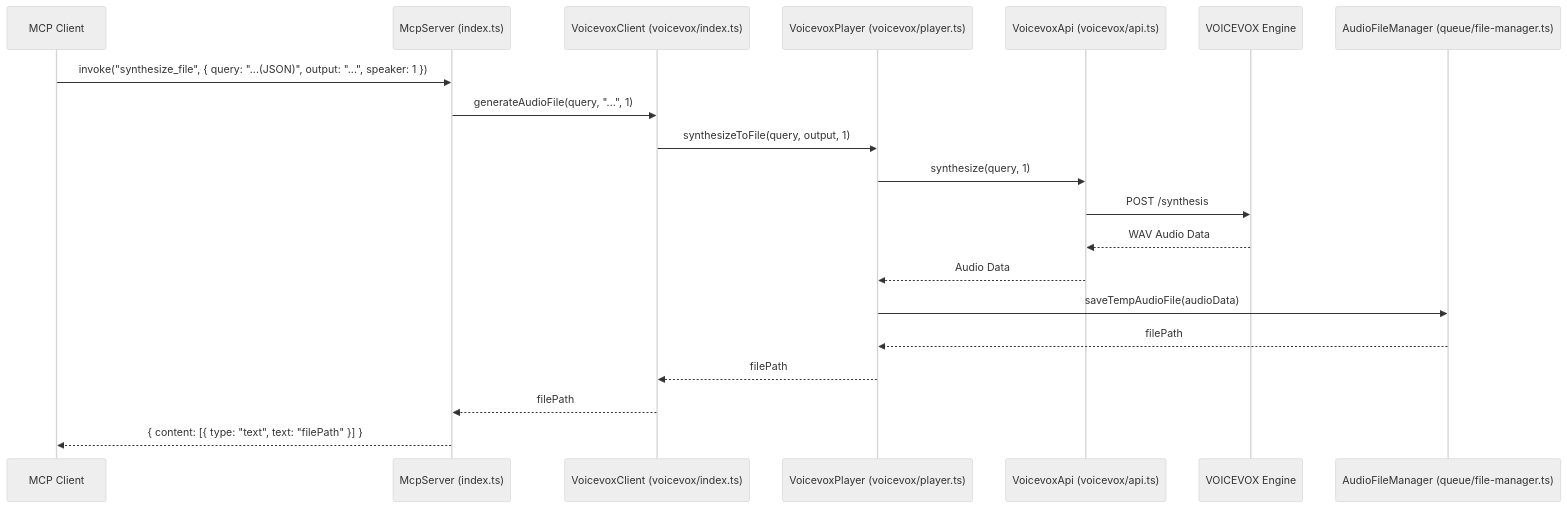
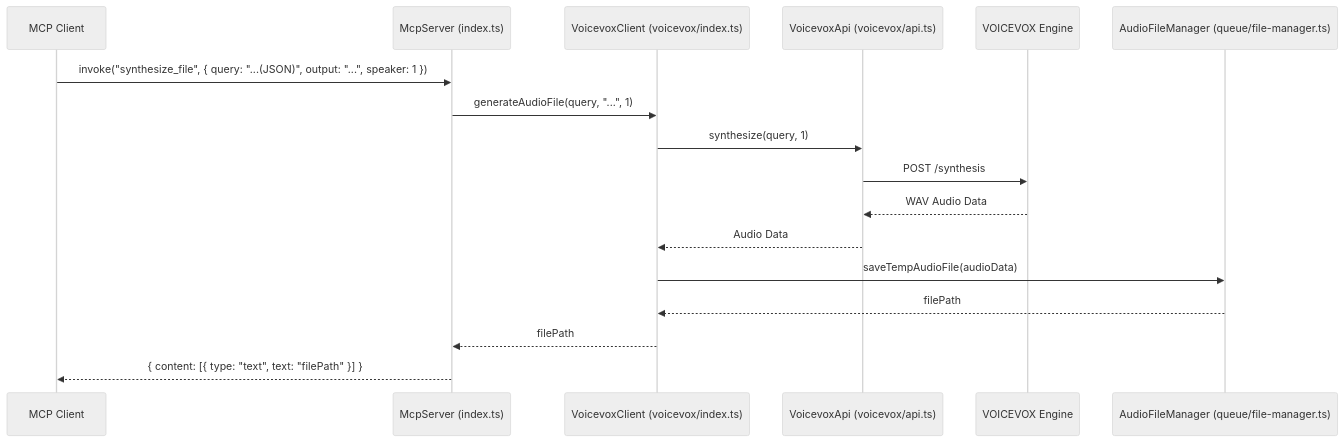
One commit to nichiki/mcp-tts-voicevox changed the fourth of 6 diagrams in docs/diagrams.md. Above: the diagram before and after it, drawn with Mermaid (neutral theme). The commit also changed other lines of this file, not shown here.

````diff
--- a/docs/diagrams.md
+++ b/docs/diagrams.md
@@ -125,26 +112,23 @@
 ```mermaid
 sequenceDiagram
     participant Client as MCP Client
     participant Server as McpServer (index.ts)
     participant VClient as VoicevoxClient (voicevox/index.ts)
-    participant VPlayer as VoicevoxPlayer (voicevox/player.ts)
     participant VApi as VoicevoxApi (voicevox/api.ts)
     participant Engine as VOICEVOX Engine
     participant FileManager as AudioFileManager (queue/file-manager.ts)
 
     Client->>Server: invoke("synthesize_file", { query: "...(JSON)", output: "...", speaker: 1 })
     Server->>VClient: generateAudioFile(query, "...", 1)
     
-    VClient->>VPlayer: synthesizeToFile(query, output, 1)
-    VPlayer->>VApi: synthesize(query, 1)
+    VClient->>VApi: synthesize(query, 1)
     VApi->>Engine: POST /synthesis
     Engine-->>VApi: WAV Audio Data
-    VApi-->>VPlayer: Audio Data
+    VApi-->>VClient: Audio Data
     
-    VPlayer->>FileManager: saveTempAudioFile(audioData)
-    FileManager-->>VPlayer: filePath
+    VClient->>FileManager: saveTempAudioFile(audioData)
+    FileManager-->>VClient: filePath
     
-    VPlayer-->>VClient: filePath
     VClient-->>Server: filePath
     Server-->>Client: { content: [{ type: "text", text: "filePath" }] }
 ```
````
